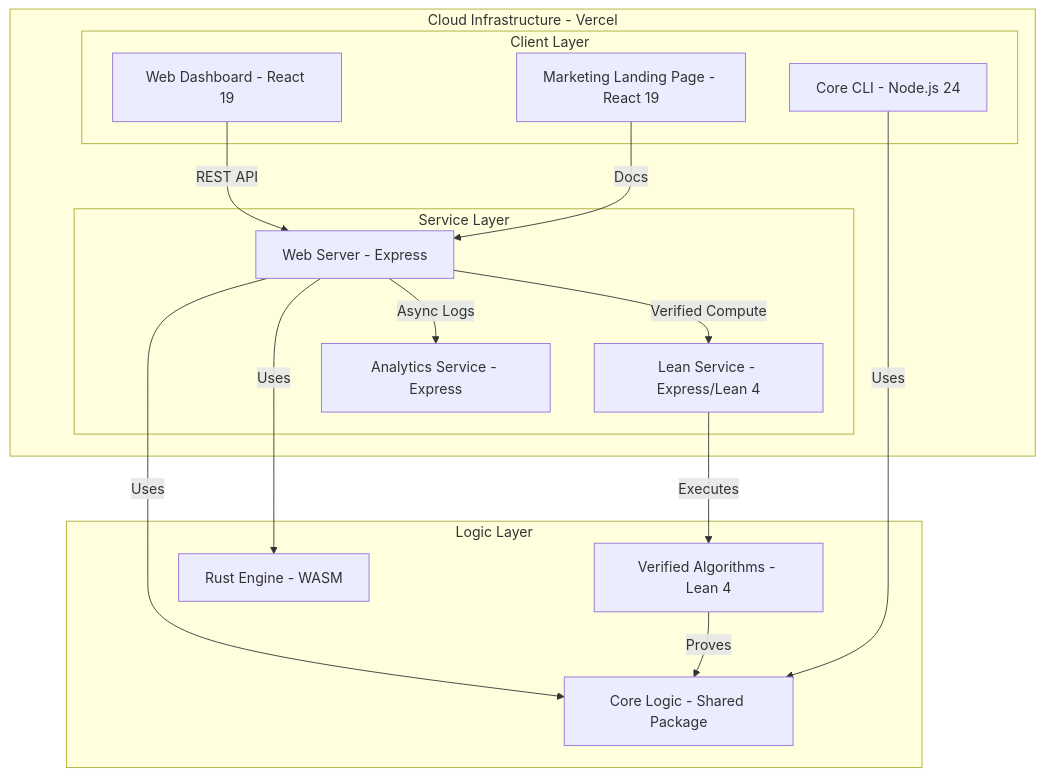
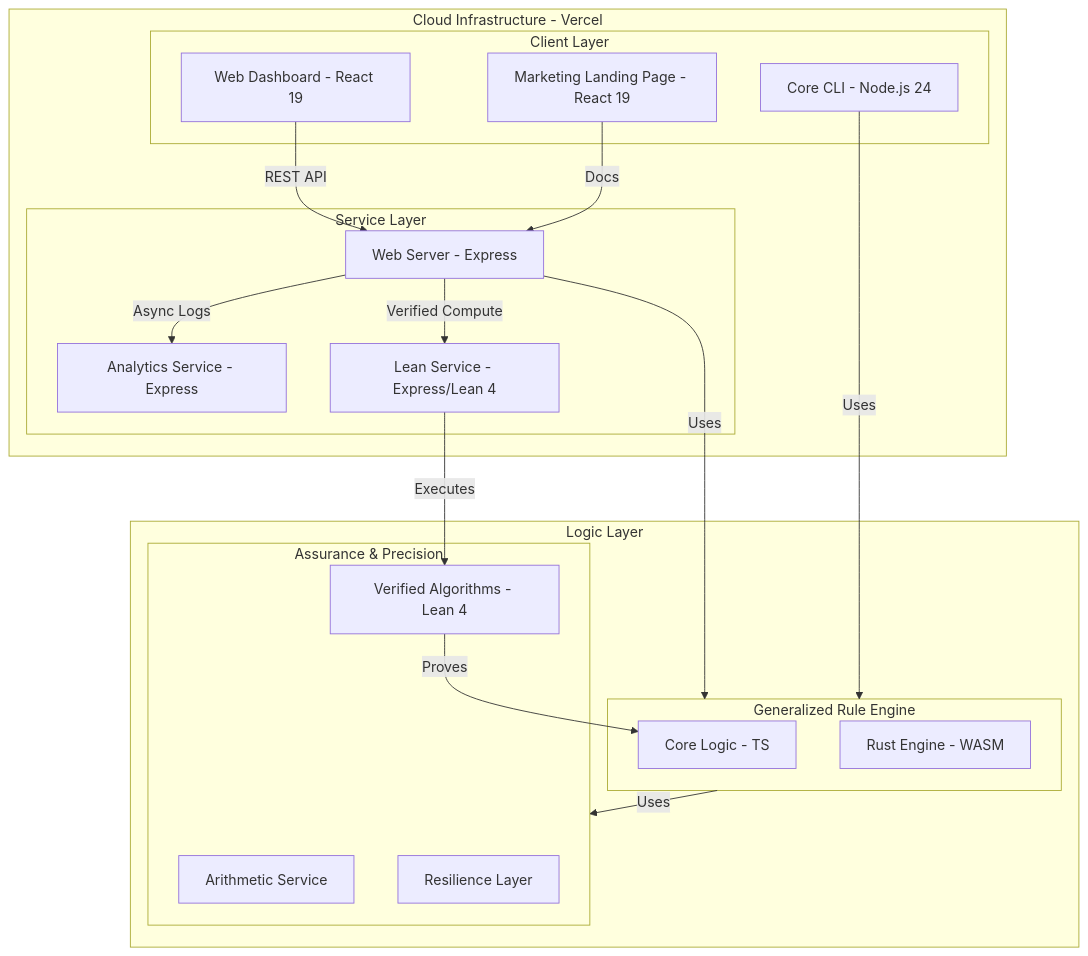
The second of 2 diagrams in README.md (CamJohnson26/agent-first-fizzbuzz-scalable), drawn with Mermaid before and after one commit. The commit also changed other lines of this file and 17 other files, not shown here.

````diff
--- a/README.md
+++ b/README.md
@@ -60,32 +60,38 @@
 ```mermaid
 graph TD
     subgraph Hosting [Cloud Infrastructure - Vercel]
         subgraph Client_Layer [Client Layer]
             WD[Web Dashboard - React 19]
             LP[Marketing Landing Page - React 19]
             CLI[Core CLI - Node.js 24]
         end
 
         subgraph Service_Layer [Service Layer]
             WS[Web Server - Express]
             AS[Analytics Service - Express]
             LS[Lean Service - Express/Lean 4]
         end
     end
 
     subgraph Logic_Layer [Logic Layer]
-        CL[Core Logic - Shared Package]
-        RE[Rust Engine - WASM]
-        VA[Verified Algorithms - Lean 4]
+        subgraph Generalized_Engine [Generalized Rule Engine]
+            CL[Core Logic - TS]
+            RE[Rust Engine - WASM]
+        end
+        subgraph Assurance_Layer [Assurance & Precision]
+            ASV[Arithmetic Service]
+            RL[Resilience Layer]
+            VA[Verified Algorithms - Lean 4]
+        end
     end
 
     WD -- REST API --> WS
     LP -- Docs --> WS
-    WS -- Uses --> CL
-    WS -- Uses --> RE
+    WS -- Uses --> Generalized_Engine
     WS -- Async Logs --> AS
     WS -- Verified Compute --> LS
-    CLI -- Uses --> CL
+    CLI -- Uses --> Generalized_Engine
+    Generalized_Engine -- Uses --> Assurance_Layer
     VA -- Proves --> CL
     LS -- Executes --> VA
 ```
````
